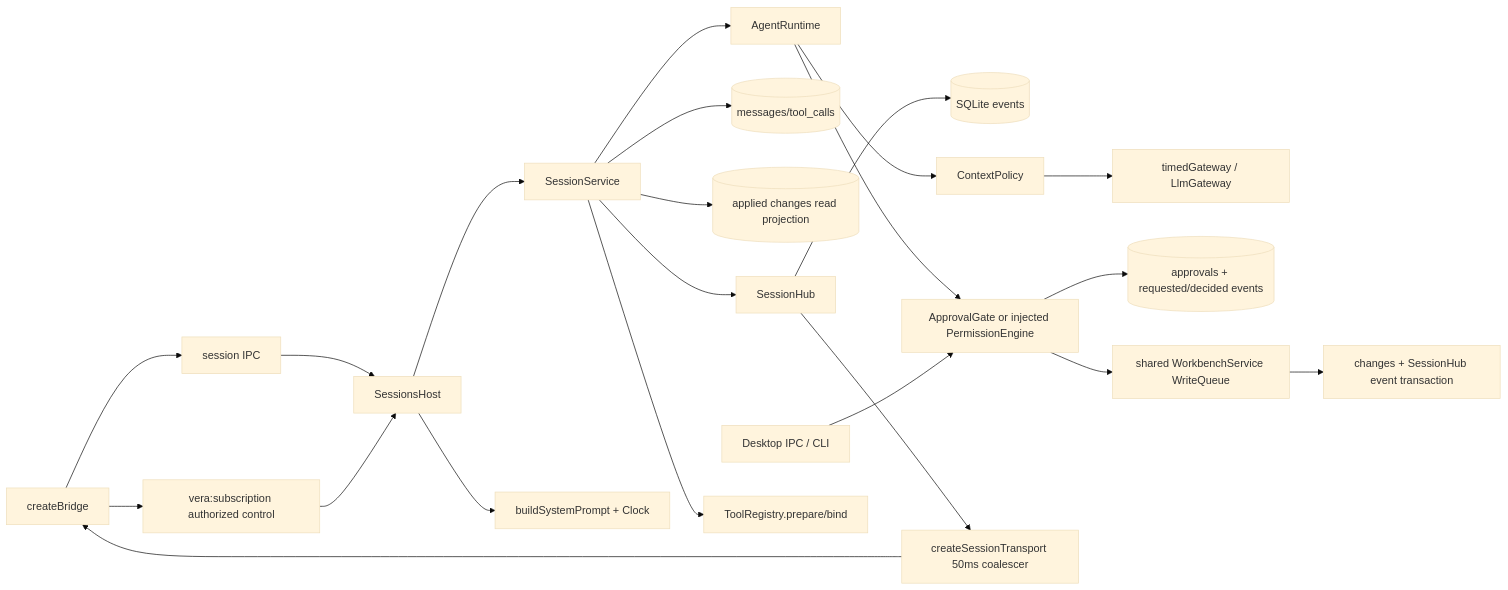
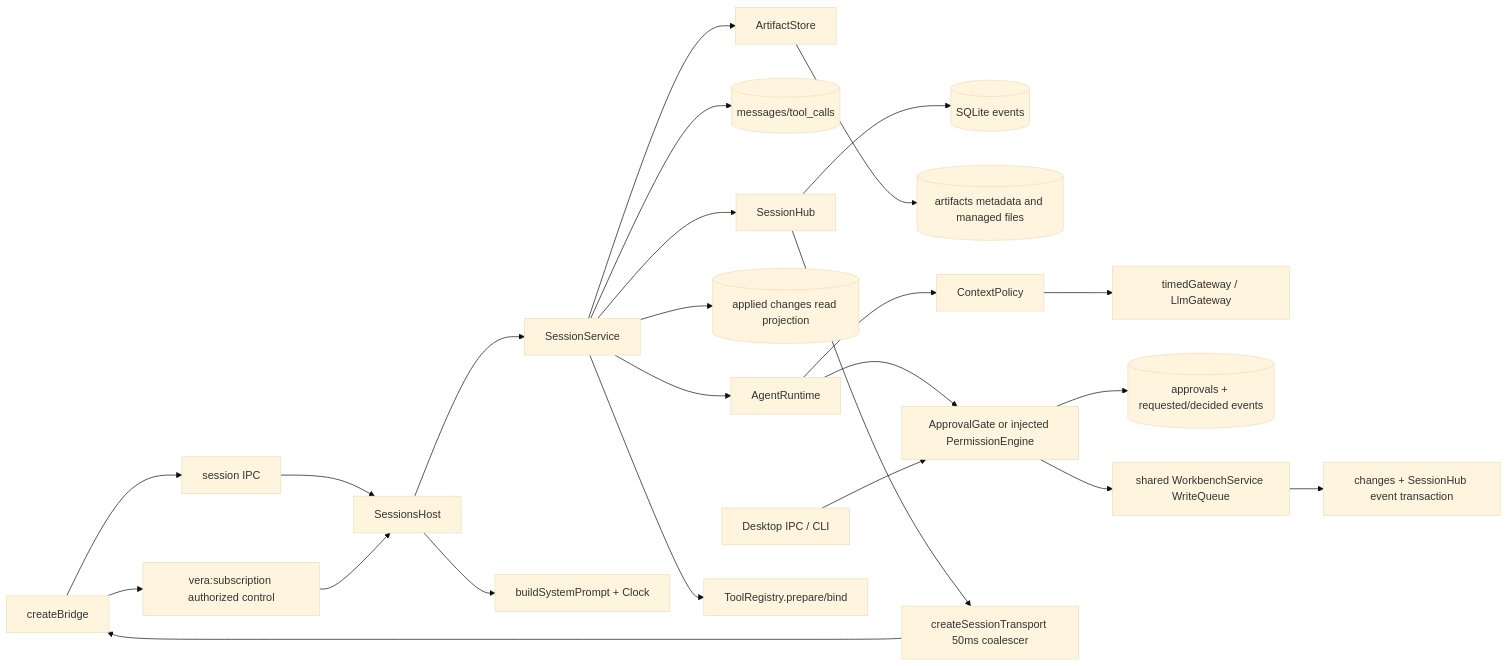
One commit to DDP-Engineering/2026_Virtual_Embedded_Rig_Assistant changed the diagram in .agentic/knowledge/sessions.md. Above: the diagram before and after it, drawn with Mermaid (base theme). The commit also changed other lines of this file and 54 other files, not shown here.

````diff
--- a/.agentic/knowledge/sessions.md
+++ b/.agentic/knowledge/sessions.md
@@ -54,24 +55,26 @@
 ```mermaid
 flowchart LR
  bridge[createBridge] --> control[vera:subscription authorized control]
  bridge --> invokes[session IPC]
  invokes --> host[SessionsHost]
  control --> host
  host --> service[SessionService]
  service --> hub[SessionHub]
  hub --> events[(SQLite events)]
  service --> messages[(messages/tool_calls)]
+ service --> ArtifactStore
+ ArtifactStore --> artifacts[(artifacts metadata and managed files)]
  service --> completedChanges[(applied changes read projection)]
  service --> runtime[AgentRuntime]
  runtime --> policy[ContextPolicy]
  policy --> gateway[timedGateway / LlmGateway]
  runtime --> permission[ApprovalGate or injected PermissionEngine]
  permission --> approval[(approvals + requested/decided events)]
  decision[Desktop IPC / CLI] --> permission
  permission --> queue[shared WorkbenchService WriteQueue]
  queue --> changes[changes + SessionHub event transaction]
  service --> registry[ToolRegistry.prepare/bind]
  hub --> transport[createSessionTransport 50ms coalescer]
  transport --> bridge
  host --> prompt[buildSystemPrompt + Clock]
 ```
````
